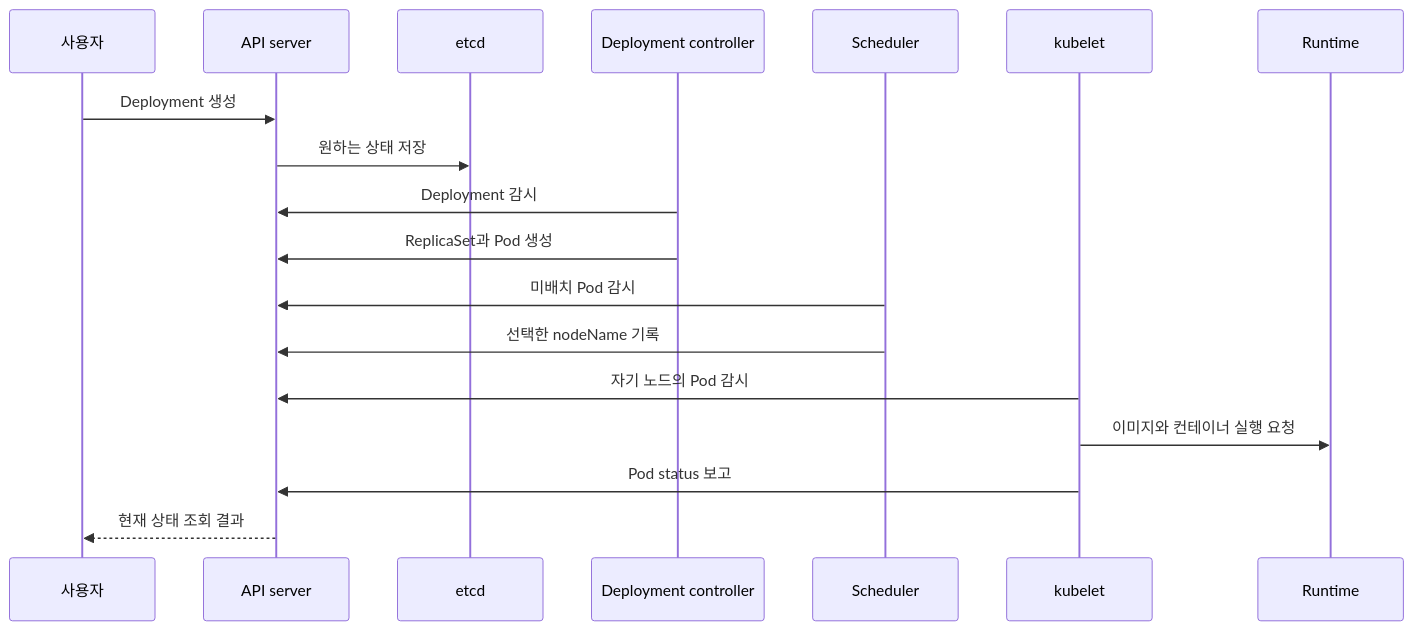
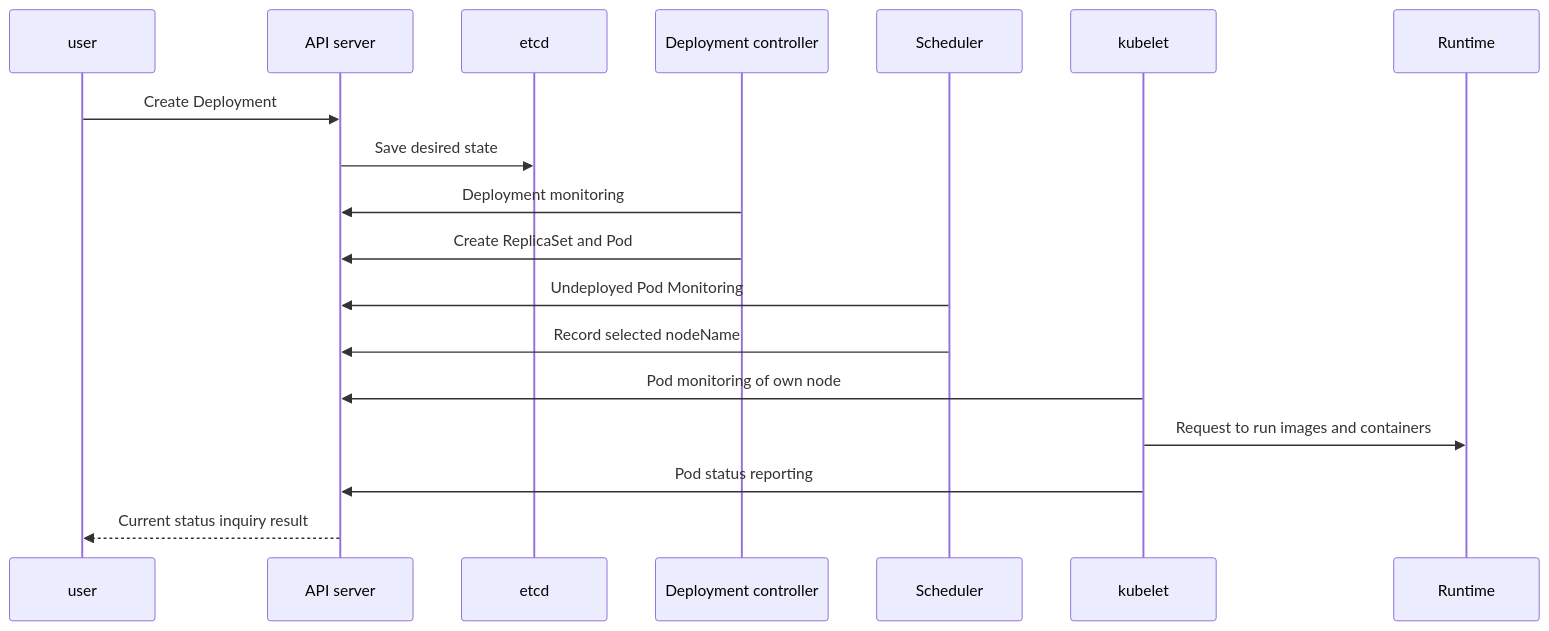
One commit to nohdol97/nohdol-study changed the second of 3 diagrams in docs-site/content/kubernetes/03-cluster-architecture.md. Above: the diagram before and after it, drawn with Mermaid. The commit also changed other lines of this file and 116 other files, not shown here.

````diff
--- a/docs-site/content/kubernetes/03-cluster-architecture.md
+++ b/docs-site/content/kubernetes/03-cluster-architecture.md
@@ -39,20 +39,20 @@
 ```mermaid
 sequenceDiagram
-    participant U as 사용자
+    participant U as user
     participant A as API server
     participant E as etcd
     participant C as Deployment controller
     participant S as Scheduler
     participant K as kubelet
     participant R as Runtime
-    U->>A: Deployment 생성
-    A->>E: 원하는 상태 저장
-    C->>A: Deployment 감시
-    C->>A: ReplicaSet과 Pod 생성
-    S->>A: 미배치 Pod 감시
-    S->>A: 선택한 nodeName 기록
-    K->>A: 자기 노드의 Pod 감시
-    K->>R: 이미지와 컨테이너 실행 요청
-    K->>A: Pod status 보고
-    A-->>U: 현재 상태 조회 결과
+    U->>A: Create Deployment
+    A->>E: Save desired state
+    C->>A: Deployment monitoring
+    C->>A: Create ReplicaSet and Pod
+    S->>A: Undeployed Pod Monitoring
+    S->>A: Record selected nodeName
+    K->>A: Pod monitoring of own node
+    K->>R: Request to run images and containers
+    K->>A: Pod status reporting
+    A-->>U: Current status inquiry result
 ```
````
